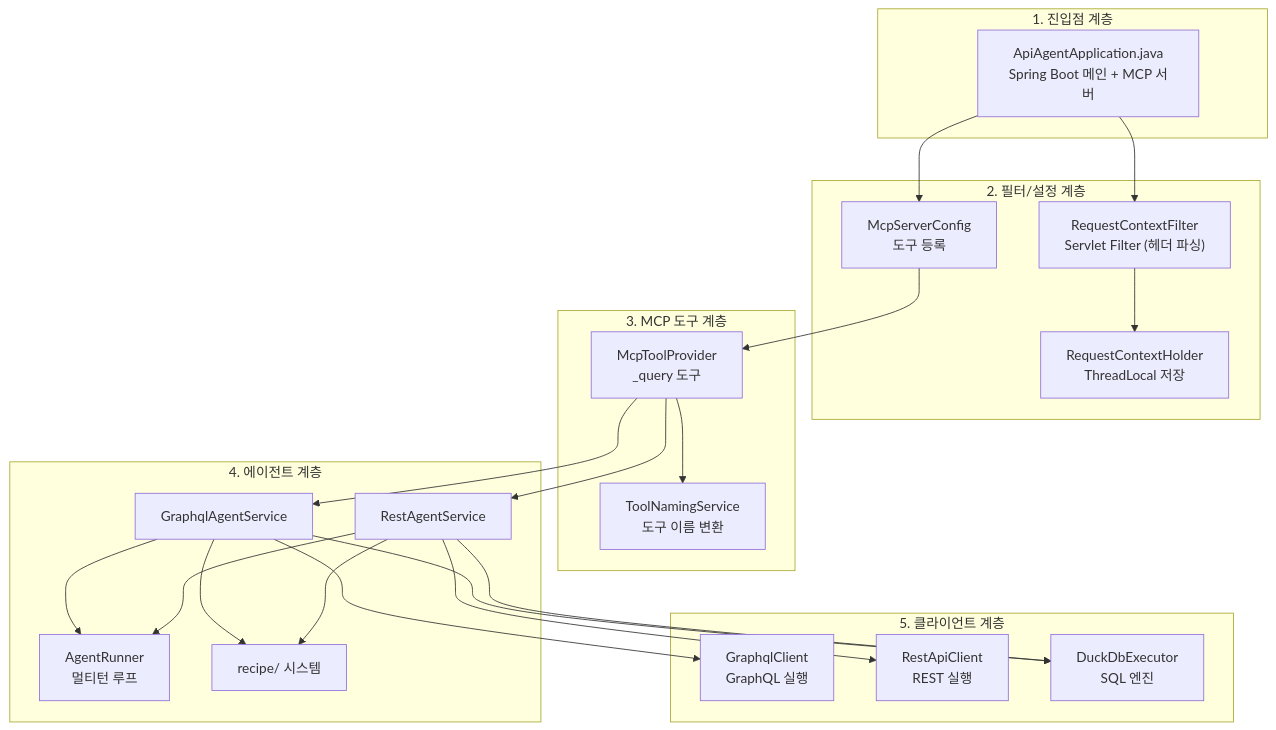
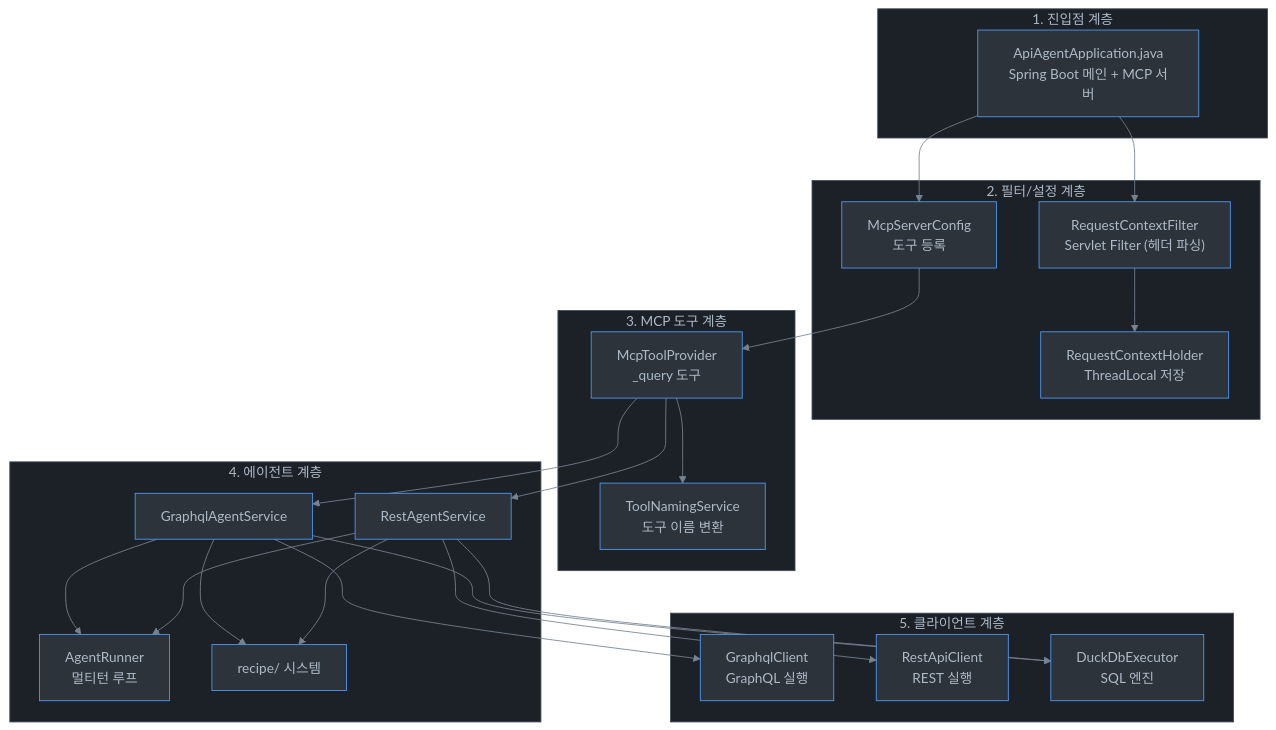
The first of 3 diagrams in docs/03-아키텍처.md (yeochul-jeon/api-ai-agent), drawn with Mermaid before and after one commit. The commit also changed other lines of this file and 4 other files, not shown here.

First line of the commit message:
style: Mermaid 다이어그램 다크테마 스타일링 적용

````diff
--- a/docs/03-아키텍처.md
+++ b/docs/03-아키텍처.md
@@ -86,46 +86,47 @@
 ```mermaid
+%%{init: {'theme': 'base', 'themeVariables': {'primaryColor': '#2d333b', 'primaryTextColor': '#adbac7', 'primaryBorderColor': '#539bf5', 'secondaryColor': '#1c2128', 'secondaryTextColor': '#adbac7', 'secondaryBorderColor': '#444c56', 'tertiaryColor': '#1c2128', 'tertiaryTextColor': '#adbac7', 'tertiaryBorderColor': '#444c56', 'lineColor': '#768390', 'textColor': '#adbac7', 'mainBkg': '#2d333b', 'nodeBorder': '#539bf5', 'clusterBkg': '#1c2128', 'clusterBorder': '#444c56', 'titleColor': '#adbac7', 'edgeLabelBackground': '#1c2128'}}}%%
 graph TB
     subgraph "1. 진입점 계층"
         A["ApiAgentApplication.java<br/>Spring Boot 메인 + MCP 서버"]
     end
 
     subgraph "2. 필터/설정 계층"
         B["RequestContextFilter<br/>Servlet Filter (헤더 파싱)"]
         C["RequestContextHolder<br/>ThreadLocal 저장"]
         D["McpServerConfig<br/>도구 등록"]
     end
 
     subgraph "3. MCP 도구 계층"
         E["McpToolProvider<br/>_query 도구"]
         F["ToolNamingService<br/>도구 이름 변환"]
     end
 
     subgraph "4. 에이전트 계층"
         G["GraphqlAgentService"]
         H["RestAgentService"]
         I["AgentRunner<br/>멀티턴 루프"]
         J["recipe/ 시스템"]
     end
 
     subgraph "5. 클라이언트 계층"
         K["GraphqlClient<br/>GraphQL 실행"]
         L["RestApiClient<br/>REST 실행"]
         M["DuckDbExecutor<br/>SQL 엔진"]
     end
 
     A --> B
     A --> D
     B --> C
     D --> E
     E --> F
     E --> G
     E --> H
     G --> I
     H --> I
     G --> K
     G --> M
     G --> J
     H --> L
     H --> M
     H --> J
 ```
````
